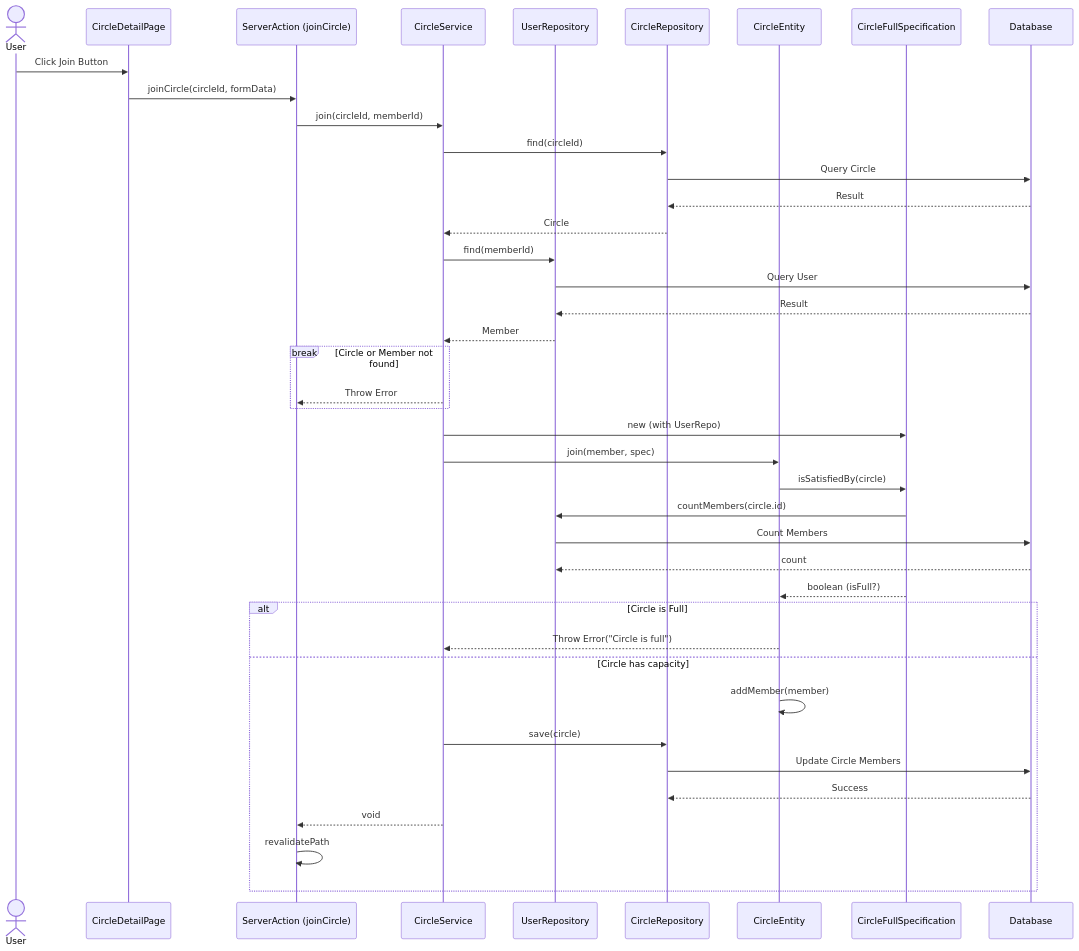
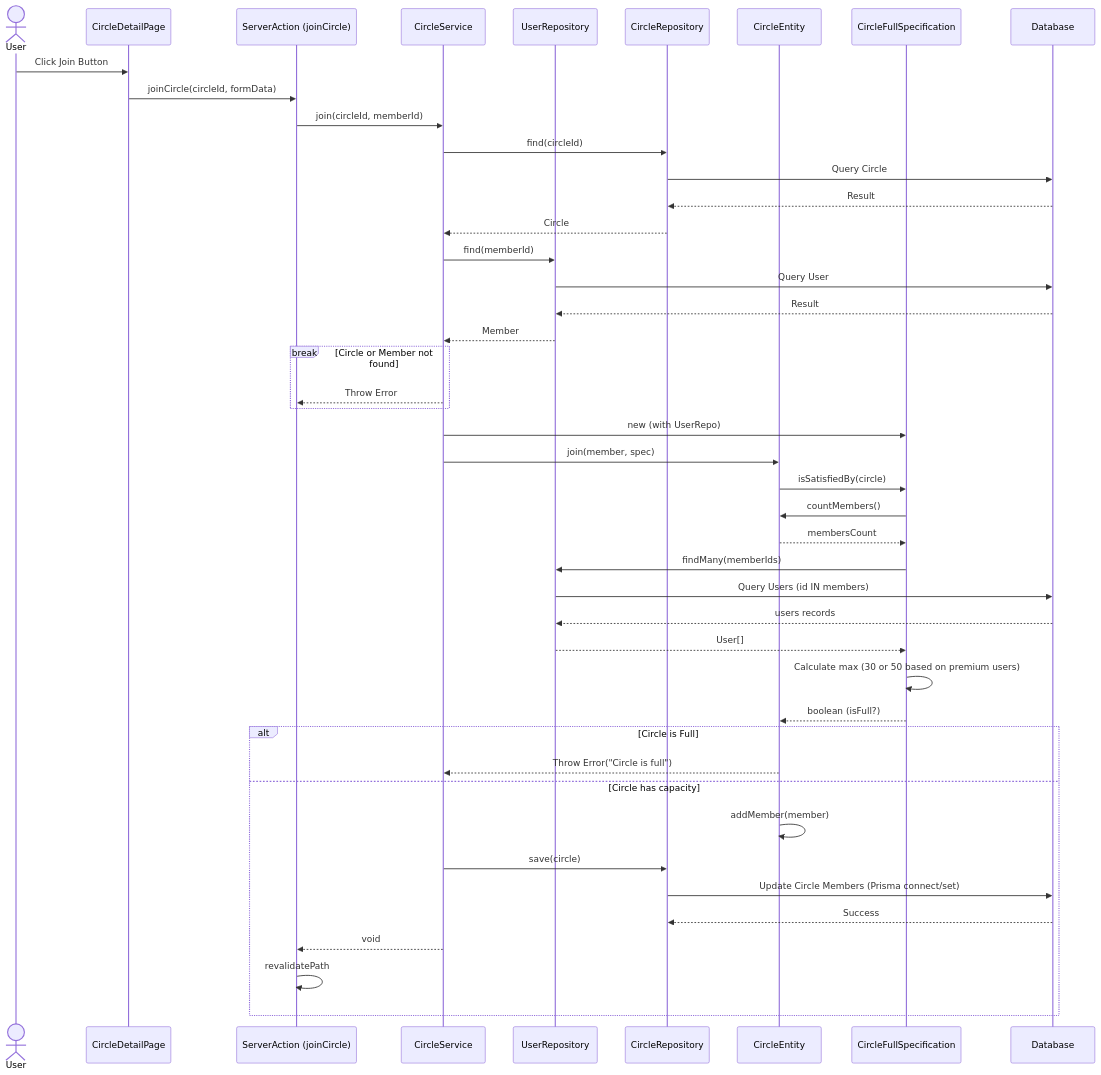
Before and after one commit to kayamak/grid9-english: the diagram in docs/sequence-diagrams/circles/joinCircle.md, drawn with Mermaid. The commit also changed 4 other files, not shown here.

Commit message:
シーケンス図更新

````diff
--- a/docs/sequence-diagrams/circles/joinCircle.md
+++ b/docs/sequence-diagrams/circles/joinCircle.md
@@ -3,50 +3,54 @@
 ```mermaid
 sequenceDiagram
     actor User
     participant Page as CircleDetailPage
     participant Action as ServerAction (joinCircle)
     participant Service as CircleService
     participant UserRepo as UserRepository
     participant CircleRepo as CircleRepository
     participant Domain as CircleEntity
     participant Spec as CircleFullSpecification
     participant DB as Database
 
     User->>Page: Click Join Button
     Page->>Action: joinCircle(circleId, formData)
     Action->>Service: join(circleId, memberId)
 
     Service->>CircleRepo: find(circleId)
     CircleRepo->>DB: Query Circle
     DB-->>CircleRepo: Result
     CircleRepo-->>Service: Circle
 
     Service->>UserRepo: find(memberId)
     UserRepo->>DB: Query User
     DB-->>UserRepo: Result
     UserRepo-->>Service: Member
 
     break Circle or Member not found
         Service-->>Action: Throw Error
     end
 
     Service->>Spec: new (with UserRepo)
     Service->>Domain: join(member, spec)
     
     Domain->>Spec: isSatisfiedBy(circle)
-    Spec->>UserRepo: countMembers(circle.id)
-    UserRepo->>DB: Count Members
-    DB-->>UserRepo: count
+    Spec->>Domain: countMembers()
+    Domain-->>Spec: membersCount
+    Spec->>UserRepo: findMany(memberIds)
+    UserRepo->>DB: Query Users (id IN members)
+    DB-->>UserRepo: users records
+    UserRepo-->>Spec: User[]
+    Spec->>Spec: Calculate max (30 or 50 based on premium users)
     Spec-->>Domain: boolean (isFull?)
 
     alt Circle is Full
         Domain-->>Service: Throw Error("Circle is full")
     else Circle has capacity
         Domain->>Domain: addMember(member)
         Service->>CircleRepo: save(circle)
-        CircleRepo->>DB: Update Circle Members
+        CircleRepo->>DB: Update Circle Members (Prisma connect/set)
         DB-->>CircleRepo: Success
         Service-->>Action: void
         Action->>Action: revalidatePath
     end
 ```
````
